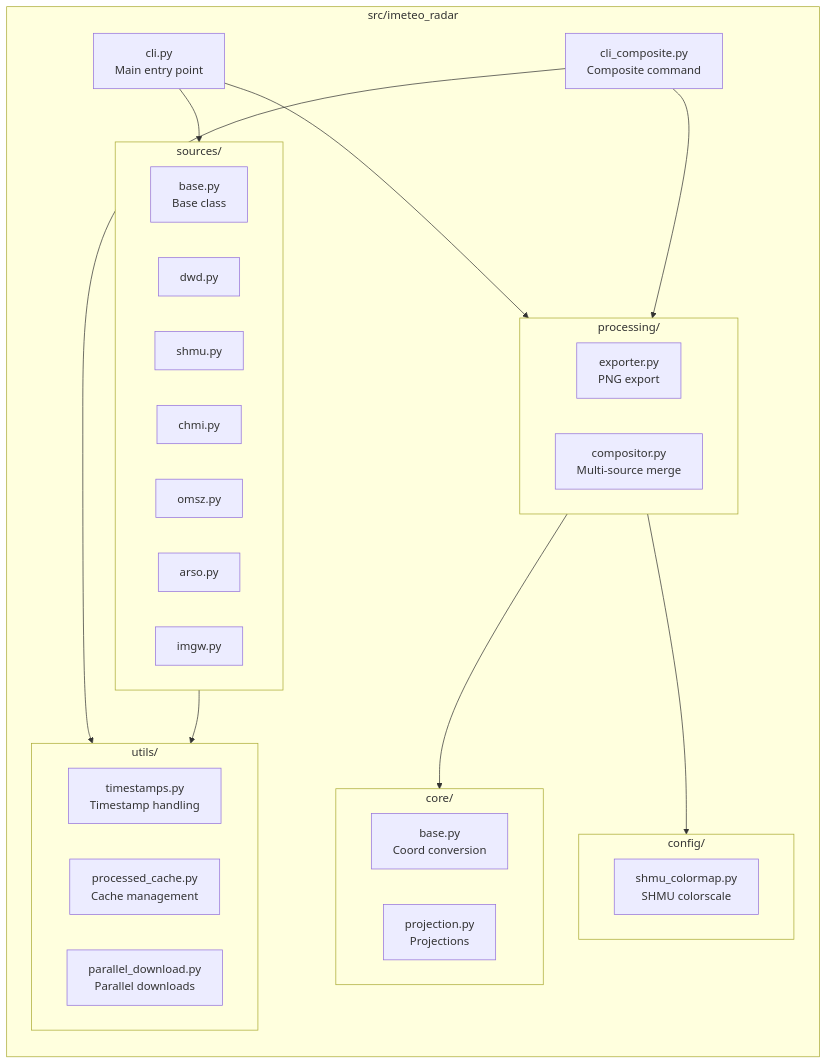
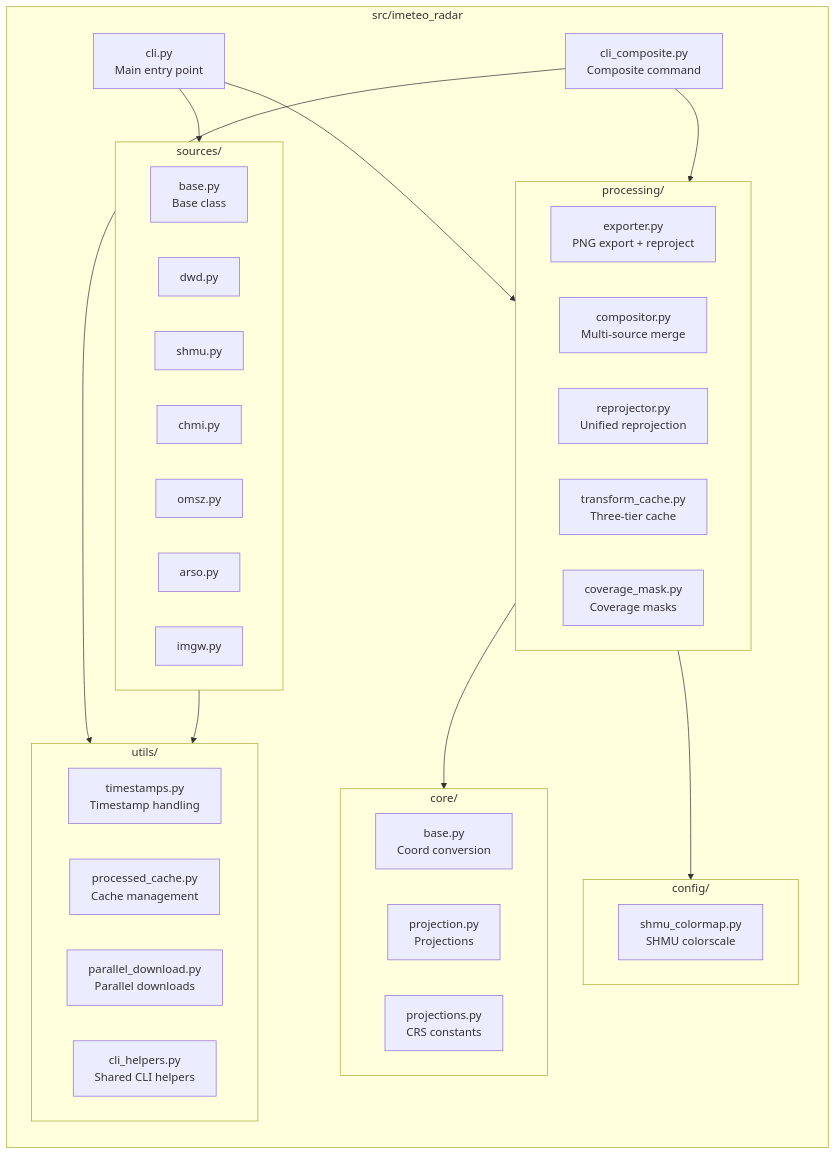
The fifth of 5 diagrams in docs/architecture.md (franko14/radar-shmu), drawn with Mermaid before and after one commit. The commit also changed other lines of this file and 7 other files, not shown here.

````diff
--- a/docs/architecture.md
+++ b/docs/architecture.md
@@ -491,45 +512,50 @@
 ```mermaid
 graph LR
     subgraph src/imeteo_radar
         CLI[cli.py<br/>Main entry point]
         CLIC[cli_composite.py<br/>Composite command]
 
         subgraph sources/
             BASE1[base.py<br/>Base class]
             DWD_S[dwd.py]
             SHMU_S[shmu.py]
             CHMI_S[chmi.py]
             OMSZ_S[omsz.py]
             ARSO_S[arso.py]
             IMGW_S[imgw.py]
         end
 
         subgraph processing/
-            EXP[exporter.py<br/>PNG export]
+            EXP[exporter.py<br/>PNG export + reproject]
             COMP[compositor.py<br/>Multi-source merge]
+            REPR[reprojector.py<br/>Unified reprojection]
+            TCACHE[transform_cache.py<br/>Three-tier cache]
+            CMASK[coverage_mask.py<br/>Coverage masks]
         end
 
         subgraph core/
             BASE2[base.py<br/>Coord conversion]
             PROJ[projection.py<br/>Projections]
+            PROJS[projections.py<br/>CRS constants]
         end
 
         subgraph config/
             CMAP[shmu_colormap.py<br/>SHMU colorscale]
         end
 
         subgraph utils/
             TS[timestamps.py<br/>Timestamp handling]
             CACHE[processed_cache.py<br/>Cache management]
             PARA[parallel_download.py<br/>Parallel downloads]
+            CLIH[cli_helpers.py<br/>Shared CLI helpers]
         end
     end
 
     CLI --> sources/
     CLI --> processing/
     CLIC --> processing/
     CLIC --> utils/
     processing/ --> core/
     processing/ --> config/
     sources/ --> utils/
 ```
````
